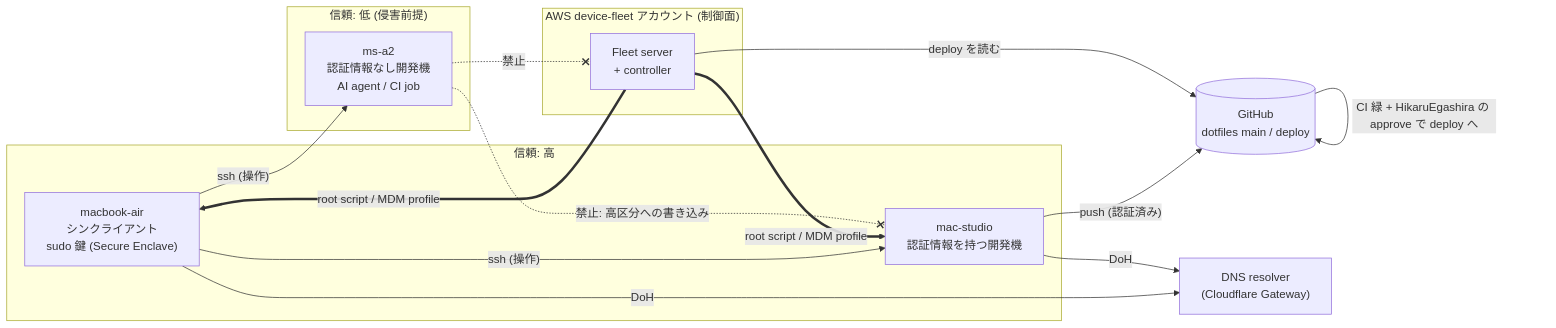
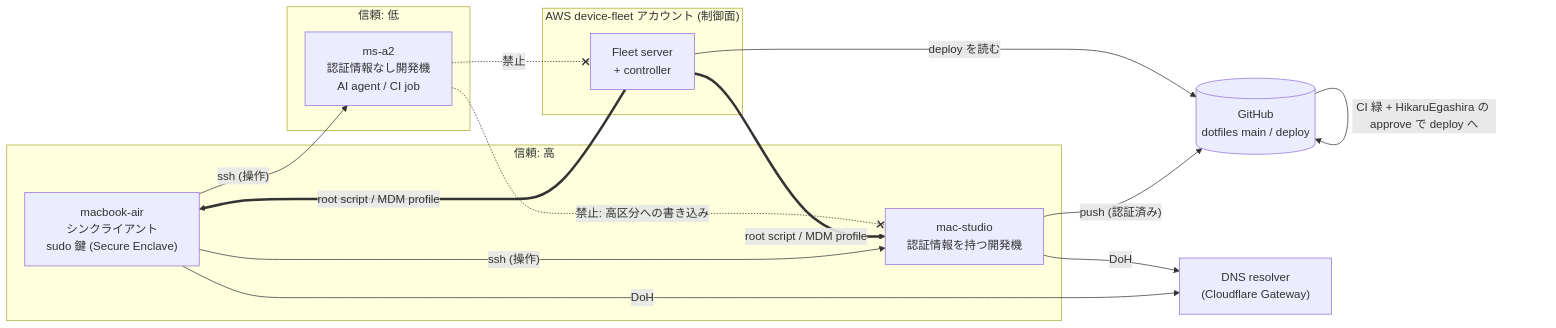
One commit to HikaruEgashira/dotfiles changed the diagram in docs/security/threat-model.md. Above: the diagram before and after it, drawn with Mermaid. The commit also changed other lines of this file and 8 other files, not shown here.

Commit message:
docs: ms-a2 を侵害前提と書かず、図のラベルから括弧書きを外す

````diff
--- a/docs/security/threat-model.md
+++ b/docs/security/threat-model.md
@@ -16,27 +16,27 @@
 ```mermaid
 flowchart LR
   subgraph high["信頼: 高"]
     air["macbook-air<br/>シンクライアント<br/>sudo 鍵 (Secure Enclave)"]
     studio["mac-studio<br/>認証情報を持つ開発機"]
   end
   subgraph cloud["AWS device-fleet アカウント (制御面)"]
     fleet["Fleet server<br/>+ controller"]
   end
-  subgraph low["信頼: 低 (侵害前提)"]
+  subgraph low["信頼: 低"]
     msa2["ms-a2<br/>認証情報なし開発機<br/>AI agent / CI job"]
   end
   gh[("GitHub<br/>dotfiles main / deploy")]
   dns["DNS resolver<br/>(Cloudflare Gateway)"]
 
   air -- "ssh (操作)" --> studio
   air -- "ssh (操作)" --> msa2
   studio -- "push (認証済み)" --> gh
   gh -- "CI 緑 + HikaruEgashira の approve で deploy へ" --> gh
   fleet -- "deploy を読む" --> gh
   fleet == "root script / MDM profile" ==> air
   fleet == "root script / MDM profile" ==> studio
   air -- "DoH" --> dns
   studio -- "DoH" --> dns
   msa2 -. "禁止: 高区分への書き込み" .-x studio
   msa2 -. "禁止" .-x fleet
 ```
````
